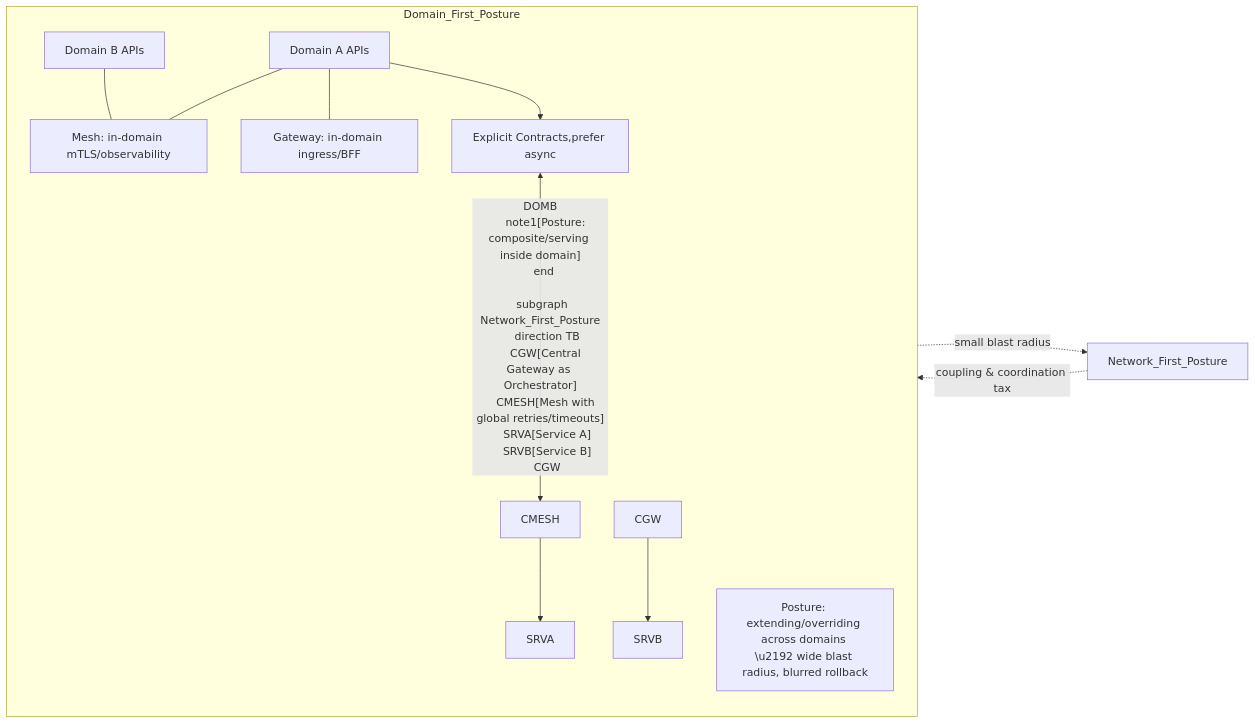
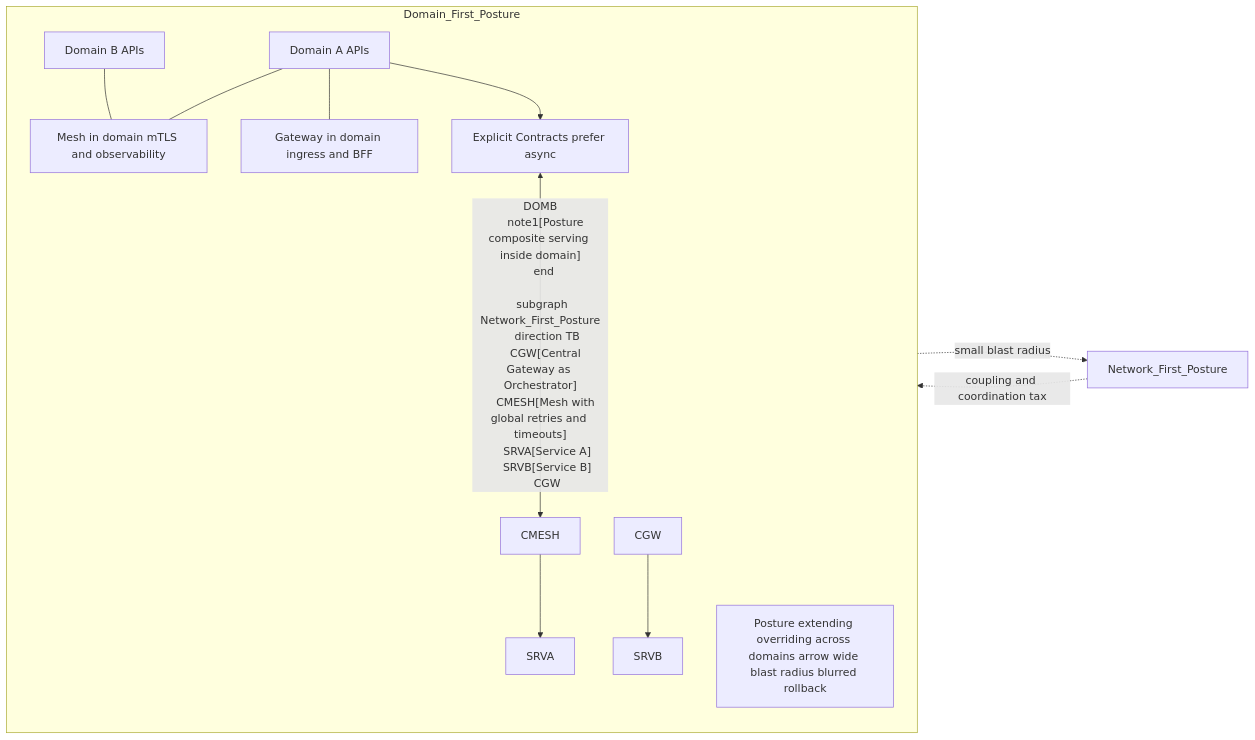
Before and after one commit to ondemandenv/ondemandenv.github.io: the diagram in diagrams/mesh-gateway-cut-order.mmd, drawn with Mermaid. The commit also changed 6 other files, not shown here.

```diff
--- a/diagrams/mesh-gateway-cut-order.mmd
+++ b/diagrams/mesh-gateway-cut-order.mmd
@@ -1,28 +1,28 @@
 flowchart LR
   subgraph Domain_First_Posture
     direction TB
     DOMA[Domain A APIs]
     DOMB[Domain B APIs]
-    MESH[Mesh: in-domain mTLS/observability]
-    GW[Gateway: in-domain ingress/BFF]
-    CONTRACTS[Explicit Contracts,prefer async]
+    MESH[Mesh in domain mTLS and observability]
+    GW[Gateway in domain ingress and BFF]
+    CONTRACTS[Explicit Contracts prefer async]
     DOMA --- MESH
     DOMB --- MESH
     DOMA --- GW
     DOMA --> CONTRACTS <-- DOMB
-    note1[Posture: composite/serving inside domain]
+    note1[Posture composite serving inside domain]
   end
 
   subgraph Network_First_Posture
     direction TB
     CGW[Central Gateway as Orchestrator]
-    CMESH[Mesh with global retries/timeouts]
+    CMESH[Mesh with global retries and timeouts]
     SRVA[Service A]
     SRVB[Service B]
     CGW --> CMESH --> SRVA
     CGW --> SRVB
-    note2["Posture: extending/overriding across domains \n\u2192 wide blast radius, blurred rollback"]
+    note2[Posture extending overriding across domains arrow wide blast radius blurred rollback]
   end
 
   Domain_First_Posture -. small blast radius .-> Network_First_Posture
-  Network_First_Posture -. coupling & coordination tax .-> Domain_First_Posture
+  Network_First_Posture -. coupling and coordination tax .-> Domain_First_Posture
```
